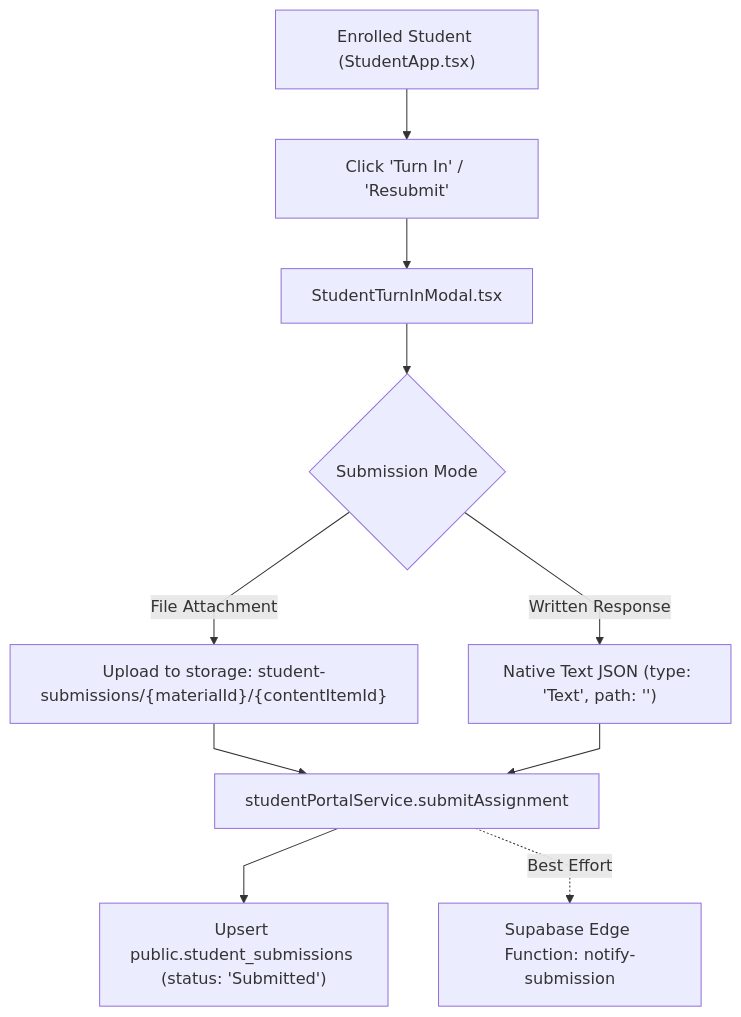
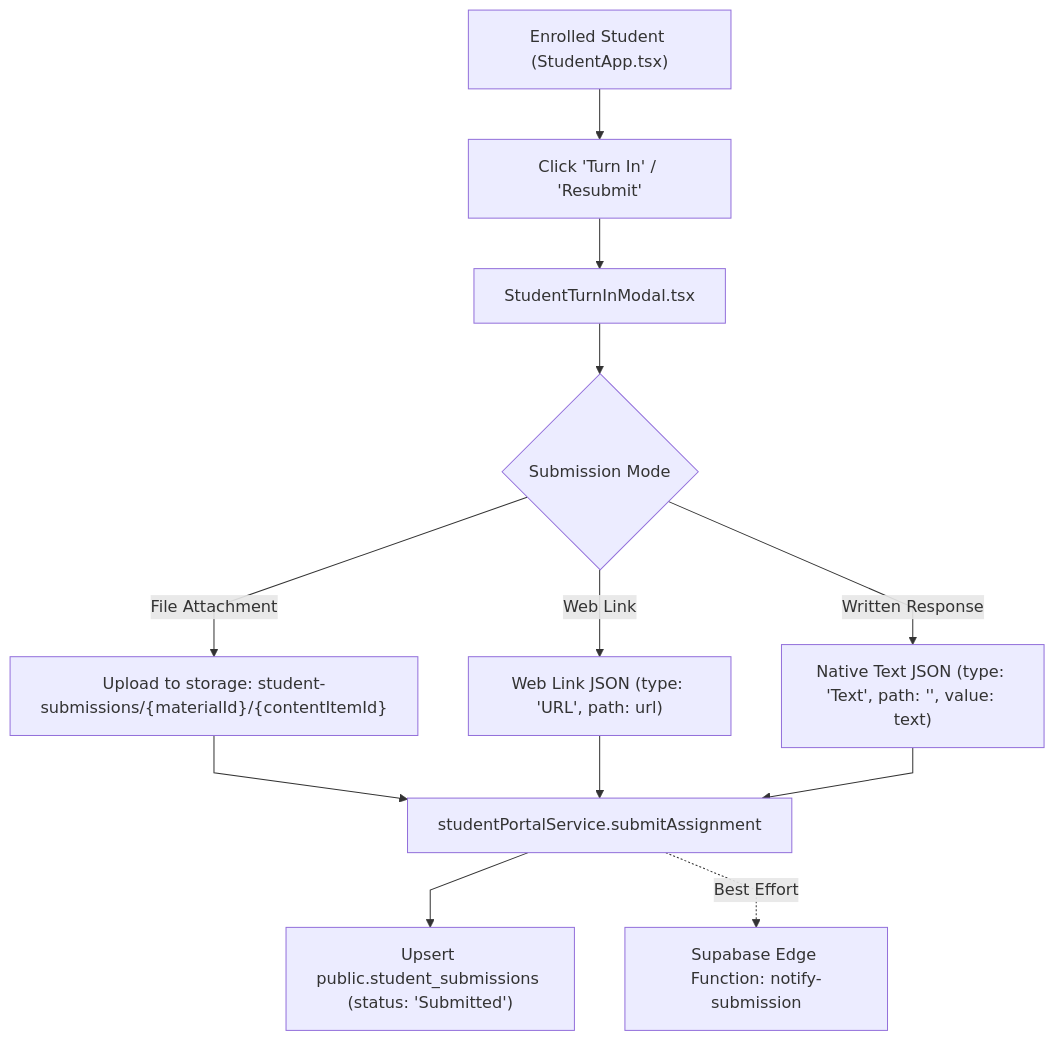
Before and after one commit to VictorBravo9er/Teacher-Assistant-Workspace: the diagram in frontend/src/features/student-portal/code.ARCH.md, drawn with Mermaid. The commit also changed other lines of this file and 27 other files, not shown here.

````diff
--- a/frontend/src/features/student-portal/code.ARCH.md
+++ b/frontend/src/features/student-portal/code.ARCH.md
@@ -9,13 +9,15 @@
 ```mermaid
 %%{init: {'flowchart': {'curve': 'linear'}}}%%
 flowchart TD
     Student["Enrolled Student (StudentApp.tsx)"] --> Click["Click 'Turn In' / 'Resubmit'"]
     Click --> Modal["StudentTurnInModal.tsx"]
     Modal --> Choice{"Submission Mode"}
     Choice -- File Attachment --> Storage["Upload to storage: student-submissions/{materialId}/{contentItemId}"]
-    Choice -- Written Response --> Payload["Native Text JSON (type: 'Text', path: '')"]
+    Choice -- Web Link --> UrlPayload["Web Link JSON (type: 'URL', path: url)"]
+    Choice -- Written Response --> Payload["Native Text JSON (type: 'Text', path: '', value: text)"]
     Storage --> Service["studentPortalService.submitAssignment"]
+    UrlPayload --> Service
     Payload --> Service
     Service --> DB["Upsert public.student_submissions (status: 'Submitted')"]
     Service -. Best Effort .-> Notify["Supabase Edge Function: notify-submission"]
 ```
````
